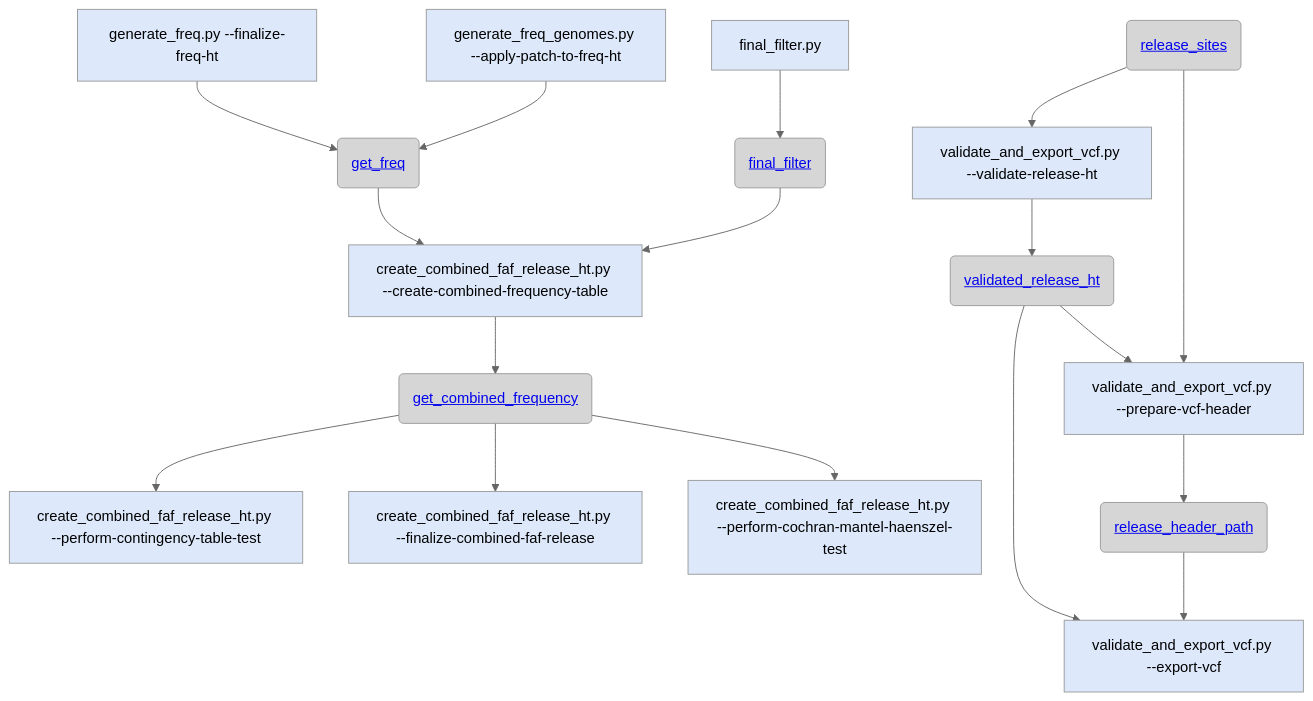
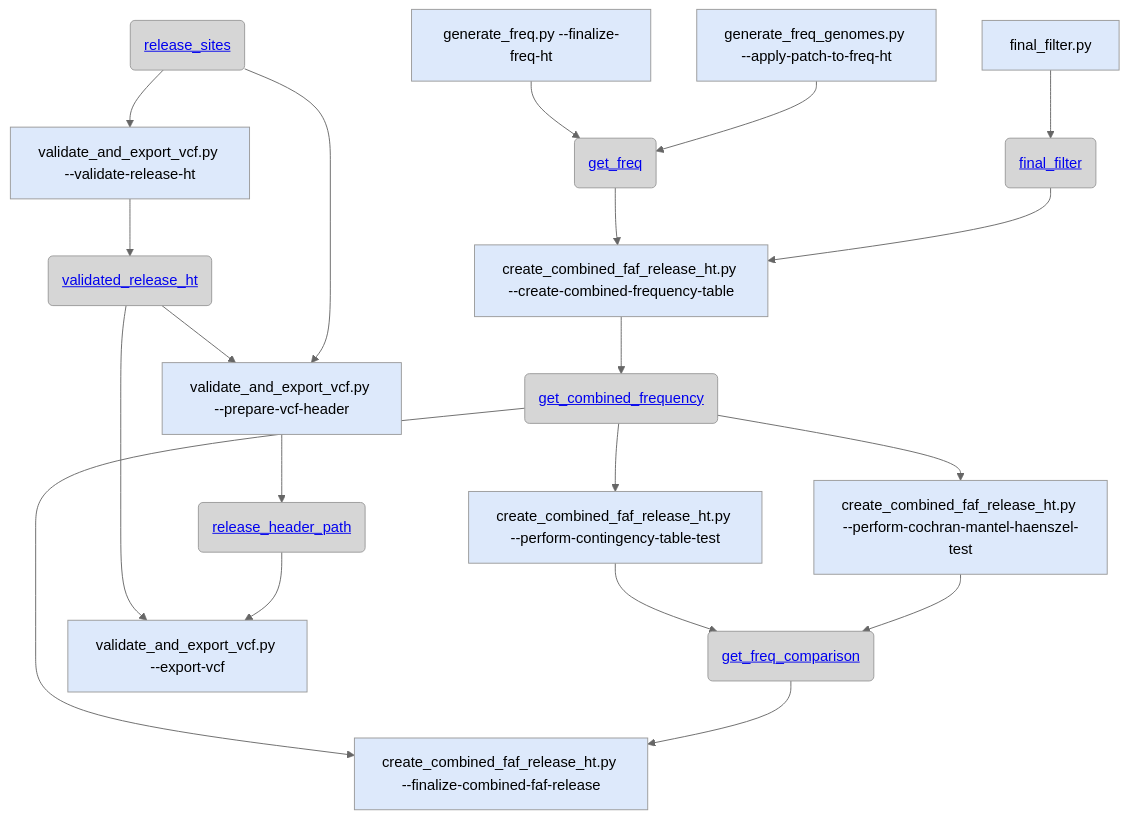
Before and after one commit to broadinstitute/gnomad_qc: the first of 3 diagrams in gnomad_qc/v4/create_release/README.md, drawn with Mermaid (neutral theme). The commit also changed other lines of this file and 3 other files, not shown here.

````diff
--- a/gnomad_qc/v4/create_release/README.md
+++ b/gnomad_qc/v4/create_release/README.md
@@ -2,41 +2,47 @@
 ```mermaid
 flowchart TB;
   classDef script_color fill:#2C5D4A,color:#000000
   classDef step_color fill:#DDE9FB,color:#000000
   classDef func_color fill:#E0D5E6,color:#000000
   classDef gnomad_methods_color fill:#F9F2CE,color:#000000
   classDef hail_color fill:#FAEACE,color:#000000
   classDef resource_color fill:#D6D6D6,color:#000000
   classDef validity_check_color fill:#2C5D4A,color:#000000
+
   step_finalize_freq_ht["generate_freq.py --finalize-freq-ht"]:::step_color;
   resource_get_freq("<a href='https://github.com/broadinstitute/gnomad_qc/tree/main/gnomad_qc/v4/resources/annotations.py#L284'>get_freq</a>"):::resource_color;
   step_create_combined_frequency_table["create_combined_faf_release_ht.py --create-combined-frequency-table"]:::step_color;
   step_apply_patch_to_freq_ht["generate_freq_genomes.py --apply-patch-to-freq-ht"]:::step_color;
   step_final_filter.py["final_filter.py"]:::step_color;
   resource_final_filter("<a href='https://github.com/broadinstitute/gnomad_qc/tree/main/gnomad_qc/v4/resources/variant_qc.py#L285'>final_filter</a>"):::resource_color;
   resource_get_combined_frequency("<a href='https://github.com/broadinstitute/gnomad_qc/tree/main/gnomad_qc/v4/resources/annotations.py#L331'>get_combined_frequency</a>"):::resource_color;
   step_perform_contingency_table_test["create_combined_faf_release_ht.py --perform-contingency-table-test"]:::step_color;
   step_finalize_combined_faf_release["create_combined_faf_release_ht.py --finalize-combined-faf-release"]:::step_color;
+  resource_get_freq_comparison("<a href='https://github.com/broadinstitute/gnomad_qc/tree/main/gnomad_qc/v4/resources/annotations.py#L352'>get_freq_comparison</a>"):::resource_color;
   step_perform_cochran_mantel_haenszel_test["create_combined_faf_release_ht.py --perform-cochran-mantel-haenszel-test"]:::step_color;
   resource_release_sites("<a href='https://github.com/broadinstitute/gnomad_qc/tree/main/gnomad_qc/v4/resources/release.py#L172'>release_sites</a>"):::resource_color;
   step_validate_release_ht["validate_and_export_vcf.py --validate-release-ht"]:::step_color;
   resource_validated_release_ht("<a href='https://github.com/broadinstitute/gnomad_qc/tree/main/gnomad_qc/v4/resources/release.py#L384'>validated_release_ht</a>"):::resource_color;
   step_prepare_vcf_header["validate_and_export_vcf.py --prepare-vcf-header"]:::step_color;
   step_export_vcf["validate_and_export_vcf.py --export-vcf"]:::step_color;
-  resource_release_header_path("<a href='https://github.com/broadinstitute/gnomad_qc/tree/main/gnomad_qc/v4/resources/release.py#L229'>release_header_path</a>"):::resource_color;  step_finalize_freq_ht --> resource_get_freq;
+  resource_release_header_path("<a href='https://github.com/broadinstitute/gnomad_qc/tree/main/gnomad_qc/v4/resources/release.py#L229'>release_header_path</a>"):::resource_color;
+  step_finalize_freq_ht --> resource_get_freq;
   resource_get_freq --> step_create_combined_frequency_table;
   step_apply_patch_to_freq_ht --> resource_get_freq;
   step_final_filter.py --> resource_final_filter;
   resource_final_filter --> step_create_combined_frequency_table;
   step_create_combined_frequency_table --> resource_get_combined_frequency;
   resource_get_combined_frequency --> step_perform_contingency_table_test;
   resource_get_combined_frequency --> step_finalize_combined_faf_release;
+  step_perform_contingency_table_test --> resource_get_freq_comparison;
+  resource_get_freq_comparison --> step_finalize_combined_faf_release;
+  step_perform_cochran_mantel_haenszel_test --> resource_get_freq_comparison;
   resource_get_combined_frequency --> step_perform_cochran_mantel_haenszel_test;
   resource_release_sites --> step_validate_release_ht;
   step_validate_release_ht --> resource_validated_release_ht;
   resource_validated_release_ht --> step_prepare_vcf_header;
   resource_release_sites --> step_prepare_vcf_header;
   resource_validated_release_ht --> step_export_vcf;
   step_prepare_vcf_header --> resource_release_header_path;
   resource_release_header_path --> step_export_vcf;
 ```
````
